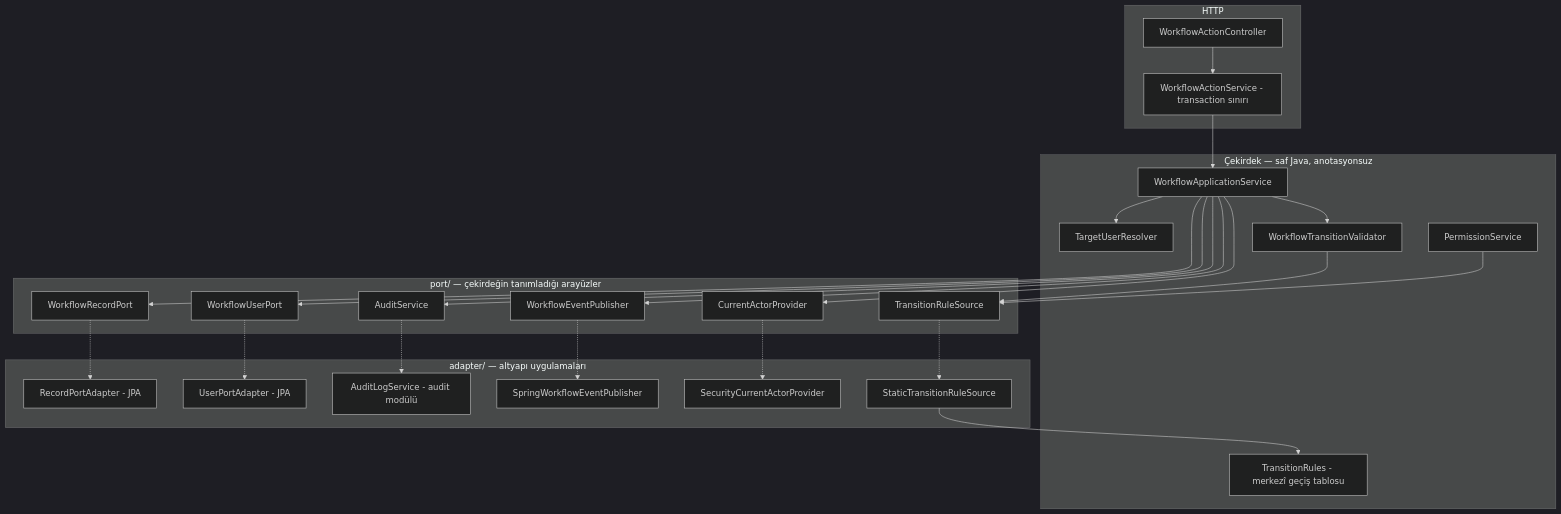
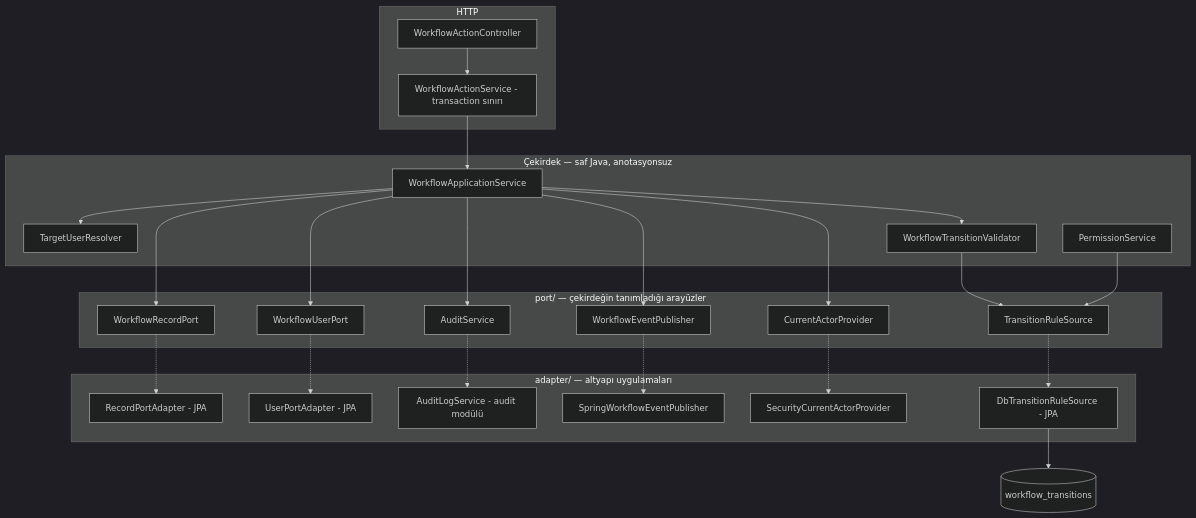
The second of 2 diagrams in docs/architecture.md (btkstajyer26/WorkFlowProject), drawn with Mermaid (dark theme) before and after one commit. The commit also changed other lines of this file and 3 other files, not shown here.

````diff
--- a/docs/architecture.md
+++ b/docs/architecture.md
@@ -80,42 +80,41 @@
 ```mermaid
 flowchart TB
     subgraph HTTP
         C[WorkflowActionController]
         TX[WorkflowActionService - transaction sınırı]
     end
     subgraph Cekirdek["Çekirdek — saf Java, anotasyonsuz"]
         APP[WorkflowApplicationService]
         RES[TargetUserResolver]
         VAL[WorkflowTransitionValidator]
-        RULES[TransitionRules - merkezî geçiş tablosu]
         PERM[PermissionService]
     end
     subgraph Portlar["port/ — çekirdeğin tanımladığı arayüzler"]
         P1[WorkflowRecordPort]
         P2[WorkflowUserPort]
         P3[AuditService]
         P4[WorkflowEventPublisher]
         P5[CurrentActorProvider]
         P6[TransitionRuleSource]
     end
     subgraph Adapterler["adapter/ — altyapı uygulamaları"]
         A1[RecordPortAdapter - JPA]
         A2[UserPortAdapter - JPA]
         A3[AuditLogService - audit modülü]
         A4[SpringWorkflowEventPublisher]
         A5[SecurityCurrentActorProvider]
-        A6[StaticTransitionRuleSource]
+        A6[DbTransitionRuleSource - JPA]
     end
 
     C --> TX --> APP
     APP --> RES
     APP --> VAL --> P6
     PERM --> P6
-    P6 -.-> A6 --> RULES
+    P6 -.-> A6 --> DBRULES[(workflow_transitions)]
     APP --> P1 & P2 & P3 & P4 & P5
     P1 -.-> A1
     P2 -.-> A2
     P3 -.-> A3
     P4 -.-> A4
     P5 -.-> A5
 ```
````
